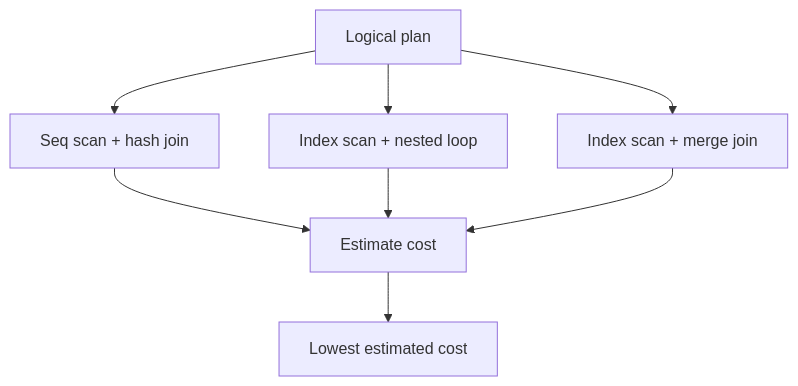
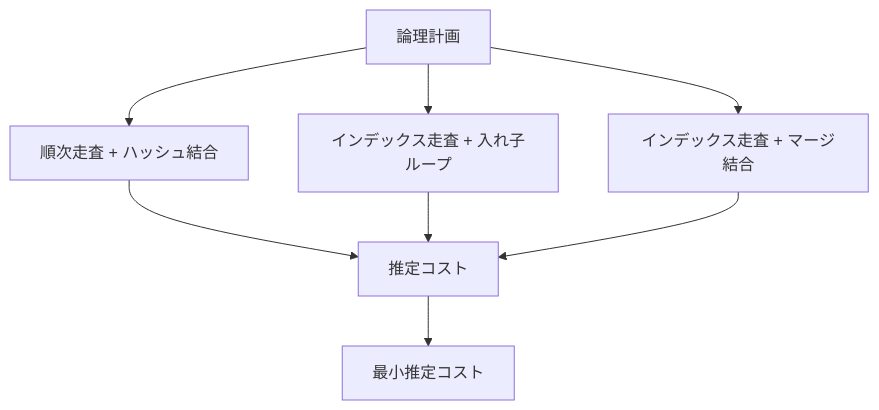
One commit to hirunebot/database-systems-book changed the first of 2 diagrams in src/content/docs/03-query-processing/09-cost-based-optimizer.md. Above: the diagram before and after it, drawn with Mermaid. The commit also changed other lines of this file and 42 other files, not shown here.

````diff
--- a/src/content/docs/03-query-processing/09-cost-based-optimizer.md
+++ b/src/content/docs/03-query-processing/09-cost-based-optimizer.md
@@ -27,10 +27,10 @@
 ```mermaid
 flowchart TB
-    L["Logical plan"] --> A["Seq scan + hash join"]
-    L --> B["Index scan + nested loop"]
-    L --> C["Index scan + merge join"]
-    A --> Cost["Estimate cost"]
+    L["論理計画"] --> A["順次走査 + ハッシュ結合"]
+    L --> B["インデックス走査 + 入れ子ループ"]
+    L --> C["インデックス走査 + マージ結合"]
+    A --> Cost["推定コスト"]
     B --> Cost
     C --> Cost
-    Cost --> Best["Lowest estimated cost"]
+    Cost --> Best["最小推定コスト"]
 ```
````
